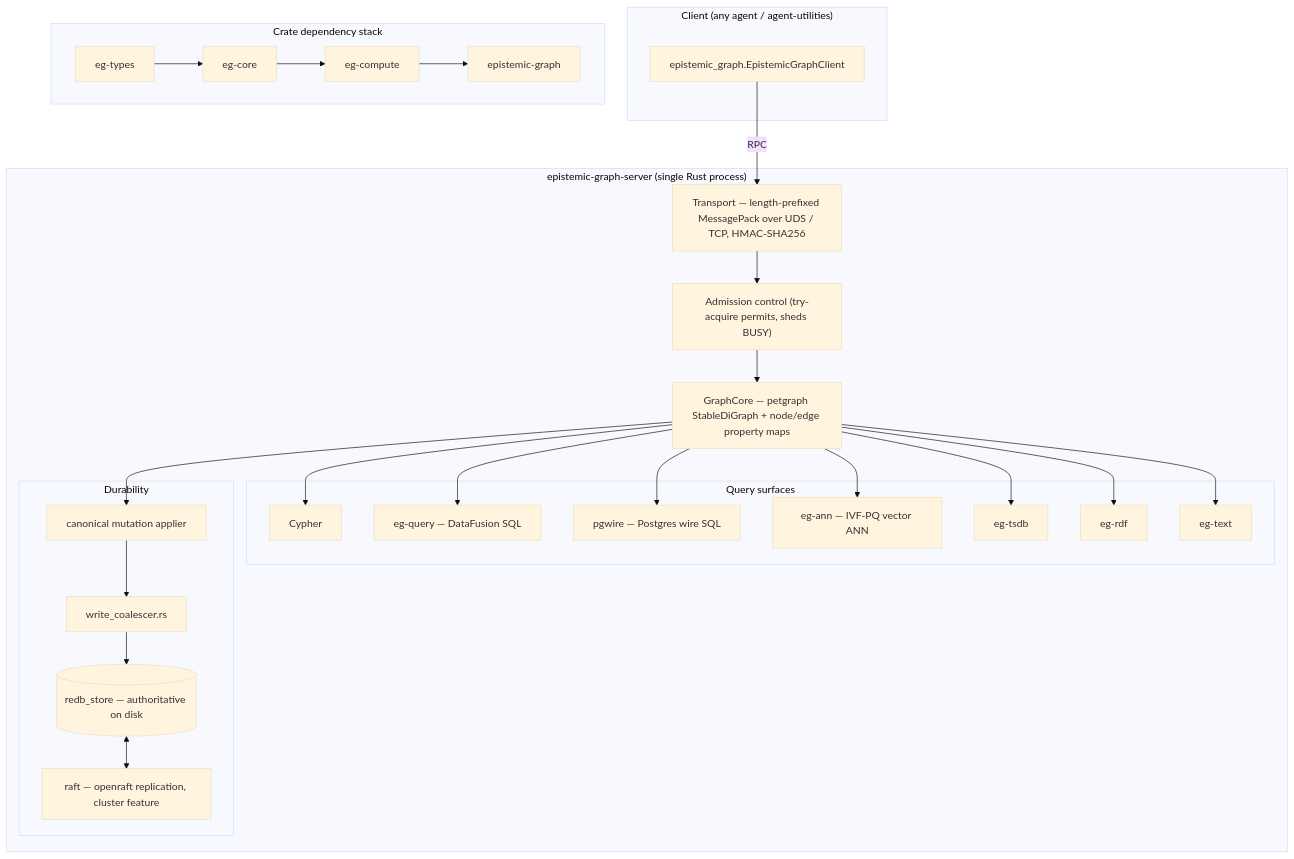
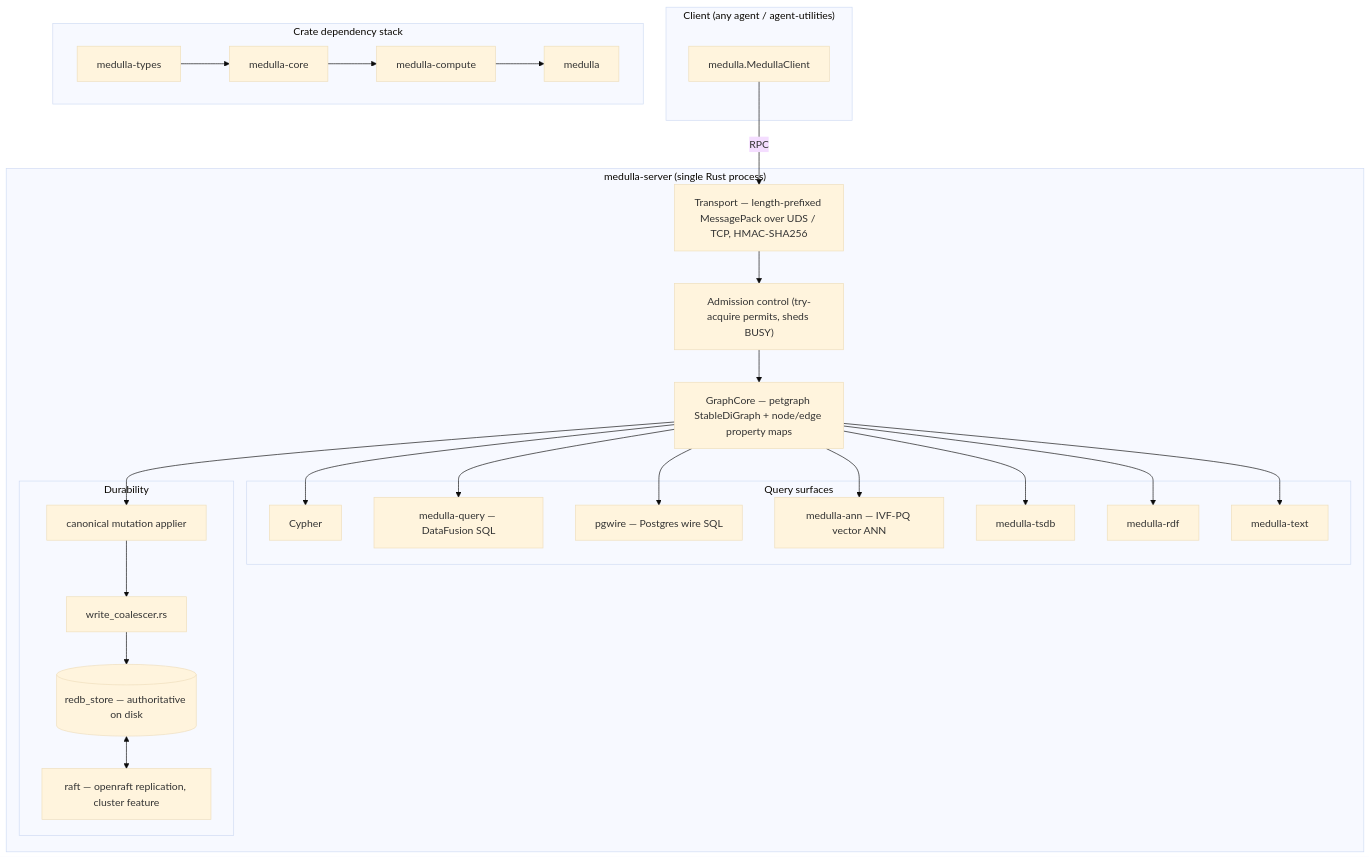
One commit to Knuckles-Team/epistemic-graph changed the first of 3 diagrams in docs/deployment.md. Above: the diagram before and after it, drawn with Mermaid (base theme). The commit also changed other lines of this file and 5990 other files, not shown here.

First line of the commit message:
refactor!: rename epistemic-graph to medulla end to end (hard cutover)

````diff
--- a/docs/deployment.md
+++ b/docs/deployment.md
@@ -354,39 +354,39 @@
 ```mermaid
 flowchart TD
     subgraph Client["Client (any agent / agent-utilities)"]
-        PY[epistemic_graph.EpistemicGraphClient]
+        PY[medulla.MedullaClient]
     end
 
-    subgraph Server["epistemic-graph-server (single Rust process)"]
+    subgraph Server["medulla-server (single Rust process)"]
         T["Transport — length-prefixed MessagePack over UDS / TCP, HMAC-SHA256"]
         ADM["Admission control (try-acquire permits, sheds BUSY)"]
         CORE["GraphCore — petgraph StableDiGraph + node/edge property maps"]
 
         subgraph Query["Query surfaces"]
             CY[Cypher]
-            SQL["eg-query — DataFusion SQL"]
+            SQL["medulla-query — DataFusion SQL"]
             PGW["pgwire — Postgres wire SQL"]
-            ANN["eg-ann — IVF-PQ vector ANN"]
-            TS[eg-tsdb]
-            RDF[eg-rdf]
-            TXT[eg-text]
+            ANN["medulla-ann — IVF-PQ vector ANN"]
+            TS[medulla-tsdb]
+            RDF[medulla-rdf]
+            TXT[medulla-text]
         end
 
         subgraph Durability["Durability"]
             APPLY[canonical mutation applier]
             WC[write_coalescer.rs]
             REDB[(redb_store — authoritative on disk)]
             RAFT["raft — openraft replication, cluster feature"]
         end
     end
 
     PY -->|RPC| T --> ADM --> CORE
     CORE --> CY & SQL & PGW & ANN & TS & RDF & TXT
     CORE --> APPLY --> WC --> REDB
     REDB <--> RAFT
 
     subgraph Crates["Crate dependency stack"]
         direction LR
-        EGT[eg-types] --> EGC[eg-core] --> EGCO[eg-compute] --> EGTOP[epistemic-graph]
+        EGT[medulla-types] --> EGC[medulla-core] --> EGCO[medulla-compute] --> EGTOP[medulla]
     end
 ```
````
